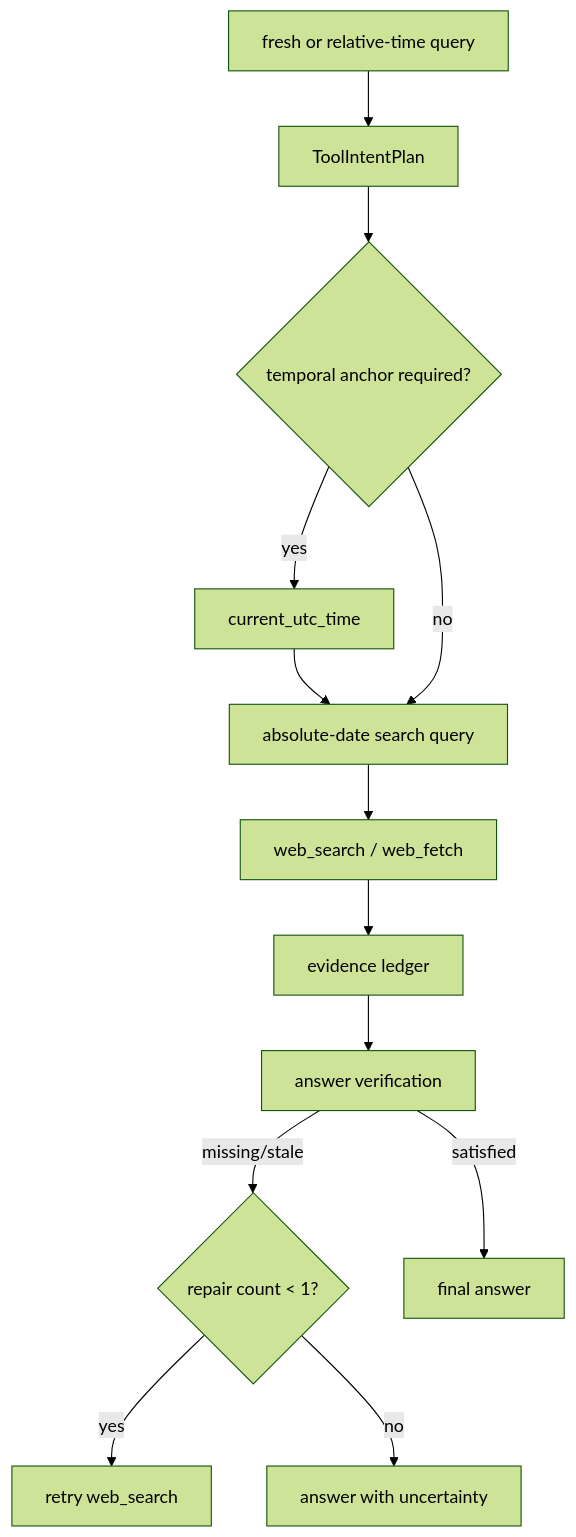
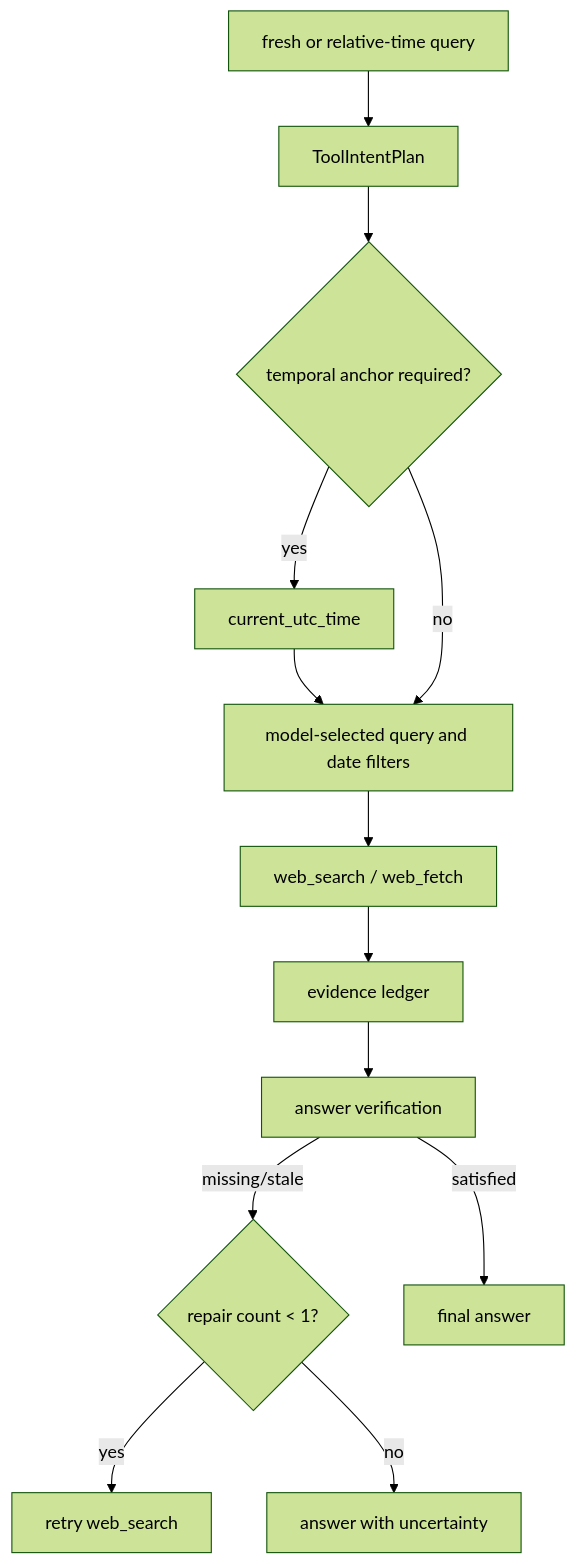
One commit to William-zgx/focus-agent changed the second of 5 diagrams in docs/tool-skill-design.md. Above: the diagram before and after it, drawn with Mermaid (forest theme). The commit also changed other lines of this file and 56 other files, not shown here.

````diff
--- a/docs/tool-skill-design.md
+++ b/docs/tool-skill-design.md
@@ -382,15 +382,15 @@
 ```mermaid
 flowchart TD
     User["fresh or relative-time query"] --> Policy["ToolIntentPlan"]
     Policy --> Anchor{"temporal anchor required?"}
     Anchor -- "yes" --> Time["current_utc_time"]
-    Time --> SearchArgs["absolute-date search query"]
+    Time --> SearchArgs["model-selected query and date filters"]
     Anchor -- "no" --> SearchArgs
     SearchArgs --> Search["web_search / web_fetch"]
     Search --> Evidence["evidence ledger"]
     Evidence --> Verify["answer verification"]
     Verify -- "missing/stale" --> Repair{"repair count < 1?"}
     Repair -- "yes" --> Retry["retry web_search"]
     Repair -- "no" --> Uncertain["answer with uncertainty"]
     Verify -- "satisfied" --> Answer["final answer"]
 ```
````
